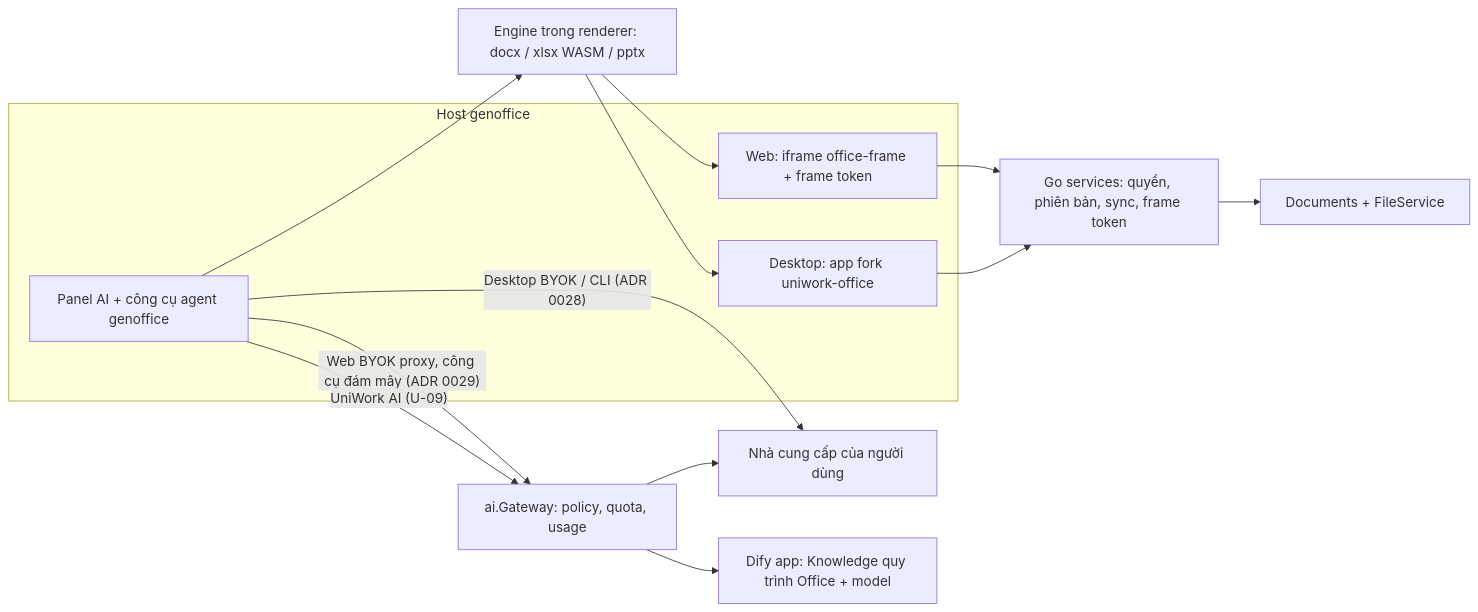
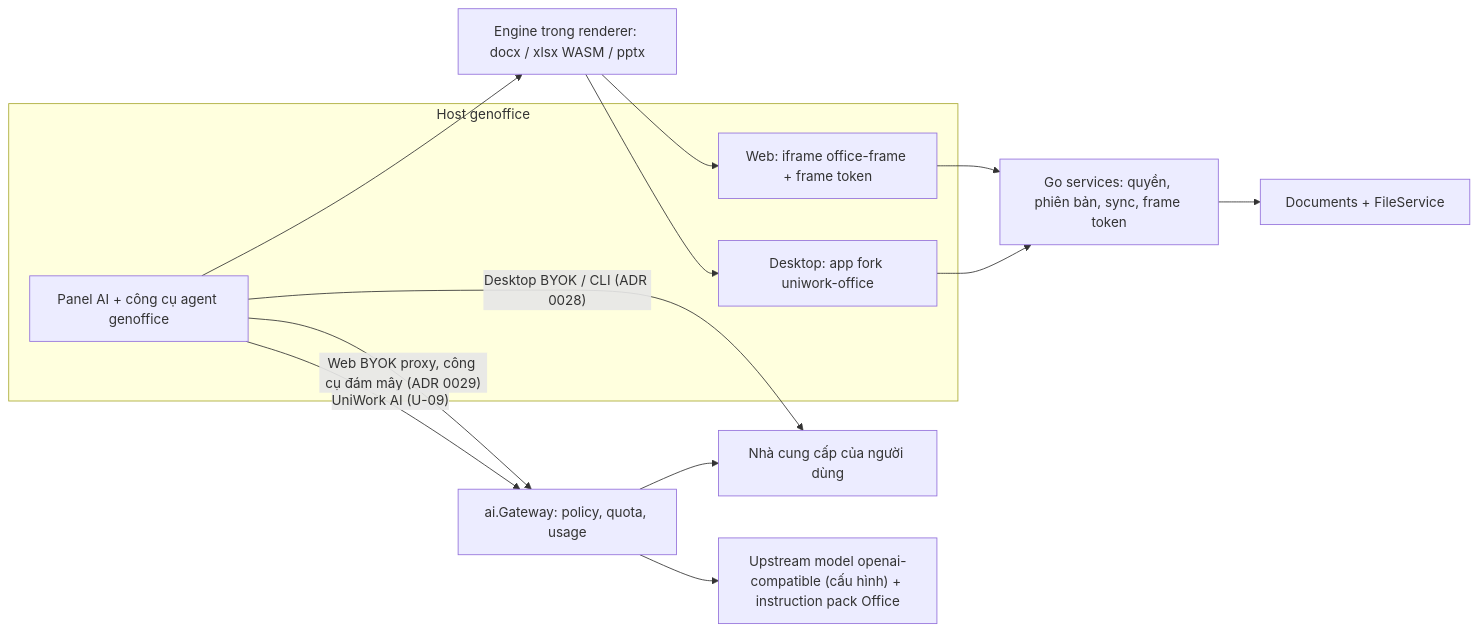
One commit to UNIAI-TEAM/uniwork changed the diagram in docs/superpowers/specs/2026-10-02-office-g5-g6-g7-design.md. Above: the diagram before and after it, drawn with Mermaid. The commit also changed other lines of this file and 4 other files, not shown here.

First line of the commit message:
docs: drop Dify from the Office G5/G6/G7 spec and plan (UNI-923)

````diff
--- a/docs/superpowers/specs/2026-10-02-office-g5-g6-g7-design.md
+++ b/docs/superpowers/specs/2026-10-02-office-g5-g6-g7-design.md
@@ -126,19 +133,19 @@
 ```mermaid
 flowchart LR
   subgraph Host["Host genoffice"]
     W["Web: iframe office-frame + frame token"]
     A["Desktop: app fork uniwork-office"]
     P["Panel AI + công cụ agent genoffice"]
   end
   W --> S["Go services: quyền, phiên bản, sync, frame token"]
   A --> S
   P -->|"Desktop BYOK / CLI (ADR 0028)"| V["Nhà cung cấp của người dùng"]
   P -->|"Web BYOK proxy, công cụ đám mây (ADR 0029)"| G["ai.Gateway: policy, quota, usage"]
   P -->|"UniWork AI (U-09)"| G
   G --> V
-  G --> D["Dify app: Knowledge quy trình Office + model"]
+  G --> U["Upstream model openai-compatible (cấu hình) + instruction pack Office"]
   S --> F["Documents + FileService"]
   P --> E["Engine trong renderer: docx / xlsx WASM / pptx"]
   E --> W
   E --> A
 ```
````
